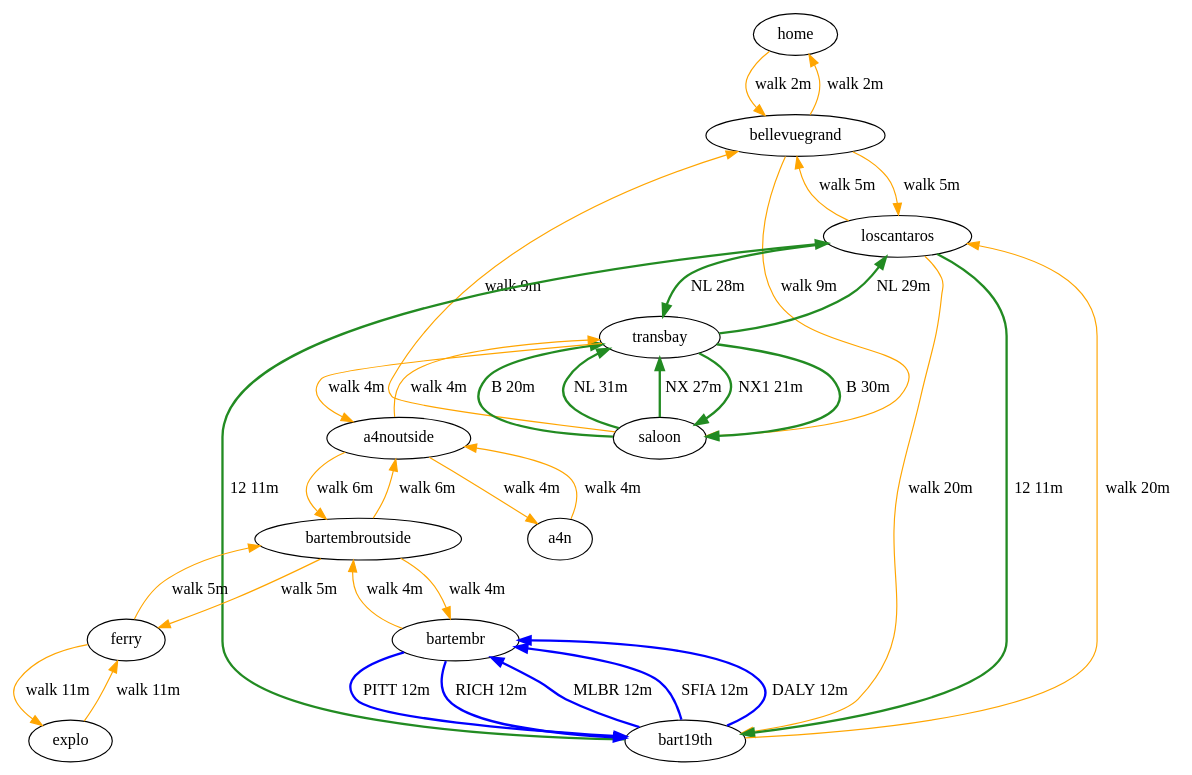
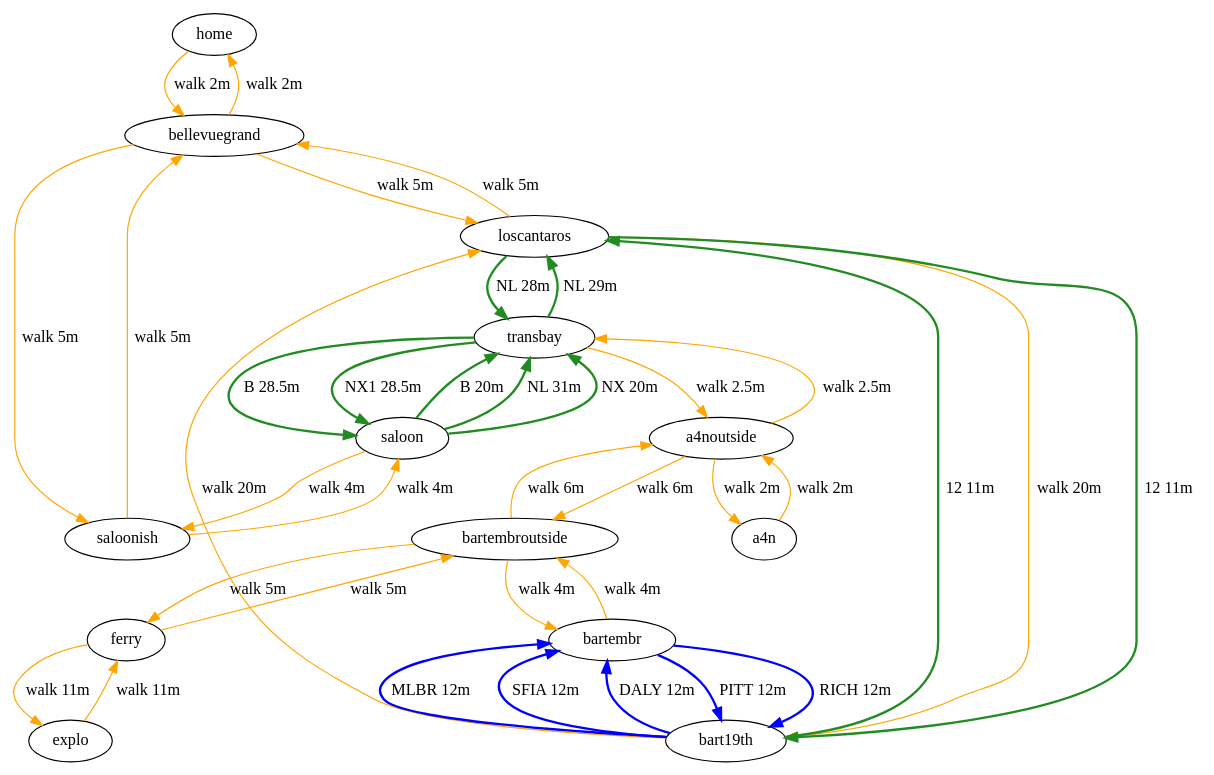
The diagram in build/graph.dot (longears/busfinder), drawn with Graphviz before and after one commit. The commit also changed 7 other files, not shown here.

```diff
--- a/build/graph.dot
+++ b/build/graph.dot
@@ -1,37 +1,39 @@
 digraph {
     edge [len=3];
     home -> bellevuegrand[label="walk 2m", color=orange];
     bellevuegrand -> home[label="walk 2m", color=orange];
-    bellevuegrand -> saloon[label="walk 9m", color=orange];
-    saloon -> bellevuegrand[label="walk 9m", color=orange];
+    bellevuegrand -> saloonish[label="walk 5m", color=orange];
+    saloonish -> bellevuegrand[label="walk 5m", color=orange];
+    saloonish -> saloon[label="walk 4m", color=orange];
+    saloon -> saloonish[label="walk 4m", color=orange];
     bellevuegrand -> loscantaros[label="walk 5m", color=orange];
     loscantaros -> bellevuegrand[label="walk 5m", color=orange];
     loscantaros -> bart19th[label="walk 20m", color=orange];
     bart19th -> loscantaros[label="walk 20m", color=orange];
     ferry -> explo[label="walk 11m", color=orange];
     explo -> ferry[label="walk 11m", color=orange];
     ferry -> bartembroutside[label="walk 5m", color=orange];
     bartembroutside -> ferry[label="walk 5m", color=orange];
     bartembroutside -> a4noutside[label="walk 6m", color=orange];
     a4noutside -> bartembroutside[label="walk 6m", color=orange];
-    a4noutside -> transbay[label="walk 4m", color=orange];
-    transbay -> a4noutside[label="walk 4m", color=orange];
+    a4noutside -> transbay[label="walk 2.5m", color=orange];
+    transbay -> a4noutside[label="walk 2.5m", color=orange];
     bartembr -> bartembroutside[label="walk 4m", color=orange];
     bartembroutside -> bartembr[label="walk 4m", color=orange];
-    a4noutside -> a4n[label="walk 4m", color=orange];
-    a4n -> a4noutside[label="walk 4m", color=orange];
+    a4noutside -> a4n[label="walk 2m", color=orange];
+    a4n -> a4noutside[label="walk 2m", color=orange];
     loscantaros -> bart19th[label="12 11m", color=forestgreen, style=bold];
     bart19th -> loscantaros[label="12 11m", color=forestgreen, style=bold];
     bart19th -> bartembr[label="MLBR 12m", color=blue, style=bold];
     bart19th -> bartembr[label="SFIA 12m", color=blue, style=bold];
     bart19th -> bartembr[label="DALY 12m", color=blue, style=bold];
     bartembr -> bart19th[label="RICH 12m", color=blue, style=bold];
     bartembr -> bart19th[label="PITT 12m", color=blue, style=bold];
     saloon -> transbay[label="B 20m", color=forestgreen, style=bold];
     saloon -> transbay[label="NL 31m", color=forestgreen, style=bold];
-    saloon -> transbay[label="NX 27m", color=forestgreen, style=bold];
+    saloon -> transbay[label="NX 20m", color=forestgreen, style=bold];
     loscantaros -> transbay[label="NL 28m", color=forestgreen, style=bold];
-    transbay -> saloon[label="B 30m", color=forestgreen, style=bold];
+    transbay -> saloon[label="B 28.5m", color=forestgreen, style=bold];
     transbay -> loscantaros[label="NL 29m", color=forestgreen, style=bold];
-    transbay -> saloon[label="NX1 21m", color=forestgreen, style=bold];
+    transbay -> saloon[label="NX1 28.5m", color=forestgreen, style=bold];
 }
```
